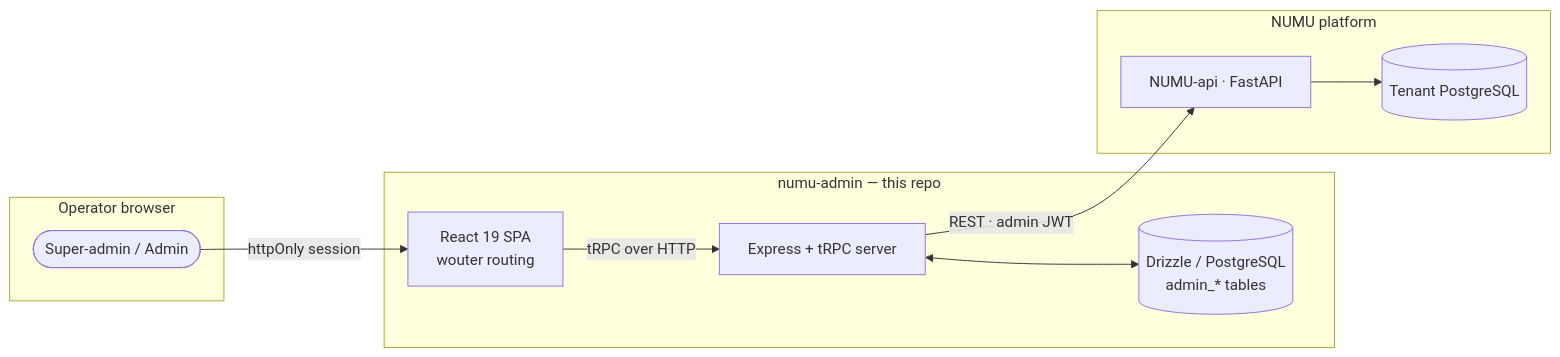
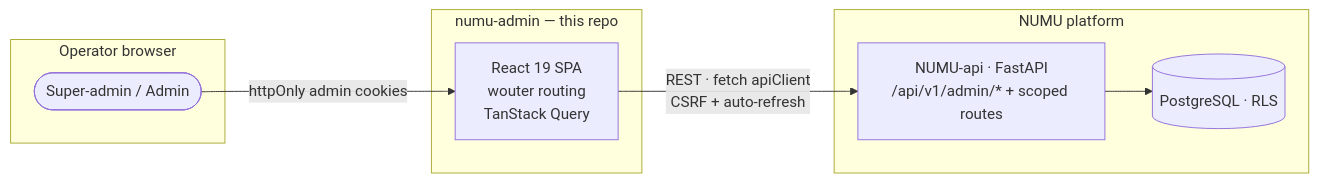
Before and after one commit to NUMU-IO/numu-admin: the first of 2 diagrams in README.md, drawn with Mermaid. The commit also changed other lines of this file, not shown here.

Commit message:
docs: rewrite README for Vite SPA architecture (Express/tRPC/Drizzle removed)

````diff
--- a/README.md
+++ b/README.md
@@ -26,23 +28,19 @@
 ```mermaid
 flowchart LR
   subgraph Op["Operator browser"]
     A([Super-admin / Admin])
   end
 
   subgraph Repo["numu-admin — this repo"]
-    C[React 19 SPA<br/>wouter routing]
-    S[Express + tRPC server]
-    L[(Drizzle / PostgreSQL<br/>admin_* tables)]
+    C[React 19 SPA<br/>wouter routing<br/>TanStack Query]
   end
 
   subgraph Backend["NUMU platform"]
-    NUMU[NUMU-api · FastAPI]
-    DB[(Tenant PostgreSQL)]
+    NUMU[NUMU-api · FastAPI<br/>/api/v1/admin/* + scoped routes]
+    DB[(PostgreSQL · RLS)]
   end
 
-  A -- httpOnly session --> C
-  C -- "tRPC over HTTP" --> S
-  S <--> L
-  S -- "REST · admin JWT" --> NUMU
+  A -- httpOnly admin cookies --> C
+  C -- "REST · fetch apiClient<br/>CSRF + auto-refresh" --> NUMU
   NUMU --> DB
 ```
````
